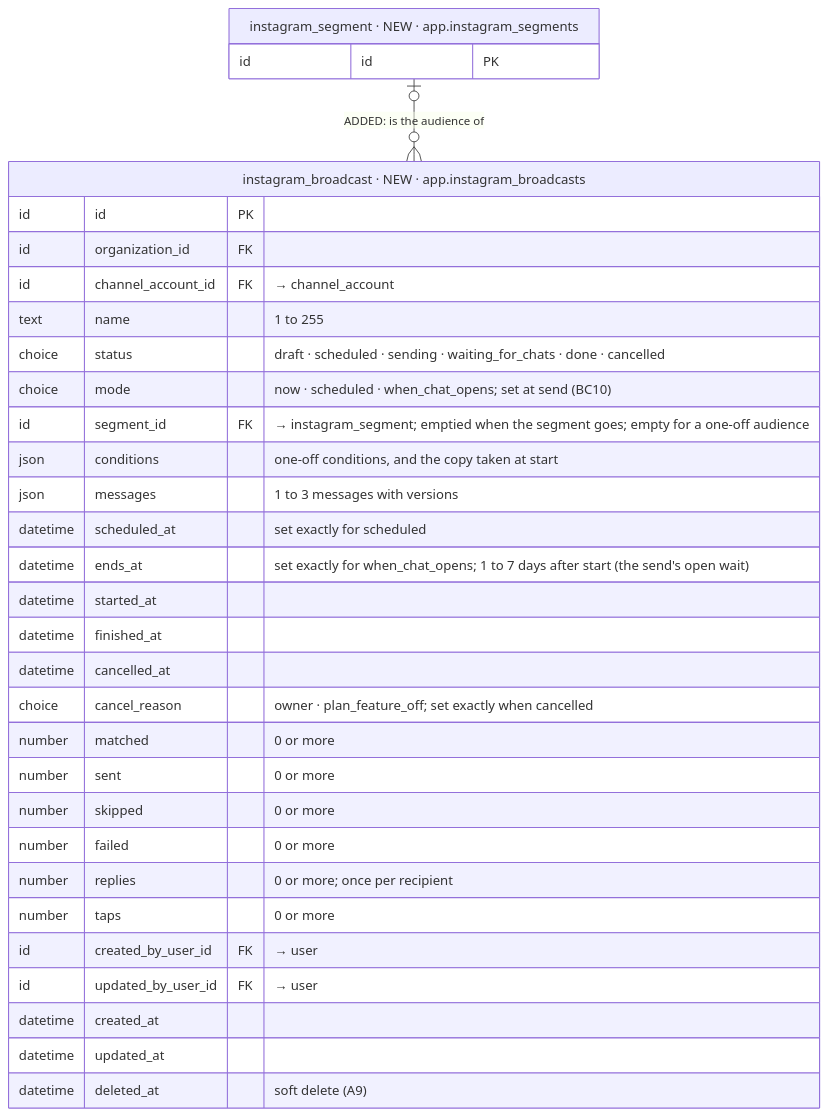
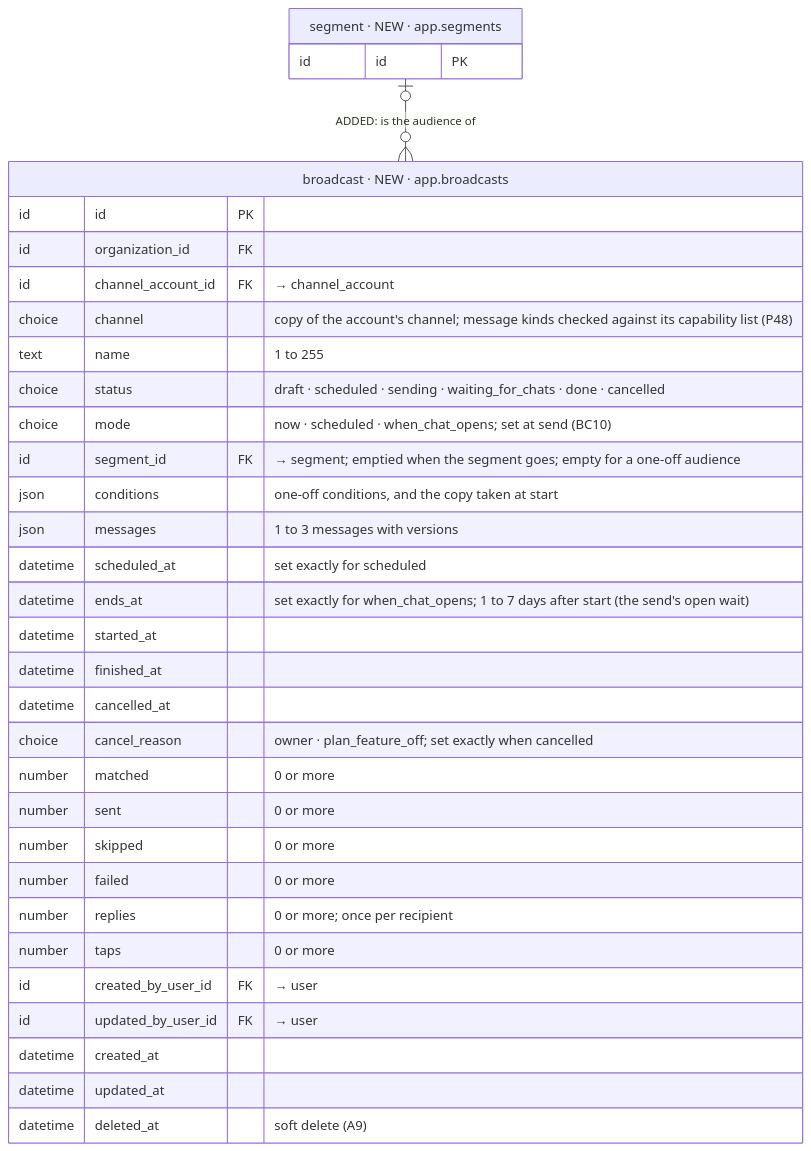
Diagram 21 of 40 in iterations/feat-instagram-dm-sending-2026-11-23-oxak/plans/db-changes.md (albetrios/meepzo-be), drawn with Mermaid before and after one commit. The commit also changed other lines of this file and 2 other files, not shown here.

````diff
--- a/iterations/feat-instagram-dm-sending-2026-11-23-oxak/plans/db-changes.md
+++ b/iterations/feat-instagram-dm-sending-2026-11-23-oxak/plans/db-changes.md
@@ -1086,35 +1120,36 @@
 ```mermaid
 erDiagram
-  instagram_broadcast["instagram_broadcast · NEW · app.instagram_broadcasts"] {
+  broadcast["broadcast · NEW · app.broadcasts"] {
     id id PK
     id organization_id FK
     id channel_account_id FK "→ channel_account"
+    choice channel "copy of the account's channel; message kinds checked against its capability list (P48)"
     text name "1 to 255"
     choice status "draft · scheduled · sending · waiting_for_chats · done · cancelled"
     choice mode "now · scheduled · when_chat_opens; set at send (BC10)"
-    id segment_id FK "→ instagram_segment; emptied when the segment goes; empty for a one-off audience"
+    id segment_id FK "→ segment; emptied when the segment goes; empty for a one-off audience"
     json conditions "one-off conditions, and the copy taken at start"
     json messages "1 to 3 messages with versions"
     datetime scheduled_at "set exactly for scheduled"
     datetime ends_at "set exactly for when_chat_opens; 1 to 7 days after start (the send's open wait)"
     datetime started_at
     datetime finished_at
     datetime cancelled_at
     choice cancel_reason "owner · plan_feature_off; set exactly when cancelled"
     number matched "0 or more"
     number sent "0 or more"
     number skipped "0 or more"
     number failed "0 or more"
     number replies "0 or more; once per recipient"
     number taps "0 or more"
     id created_by_user_id FK "→ user"
     id updated_by_user_id FK "→ user"
     datetime created_at
     datetime updated_at
     datetime deleted_at "soft delete (A9)"
   }
-  instagram_segment["instagram_segment · NEW · app.instagram_segments"] {
+  segment["segment · NEW · app.segments"] {
     id id PK
   }
-  instagram_segment |o--o{ instagram_broadcast : "ADDED: is the audience of"
+  segment |o--o{ broadcast : "ADDED: is the audience of"
 ```
````
